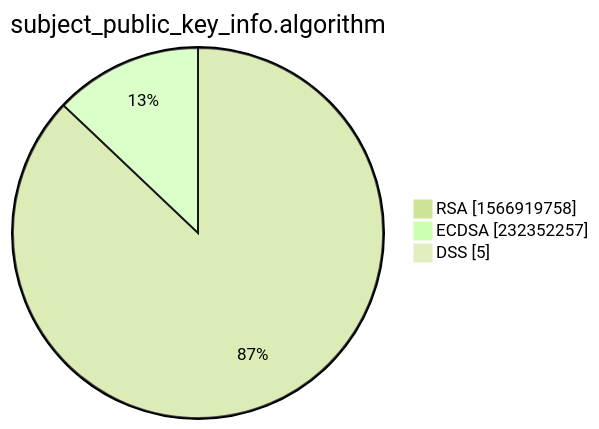
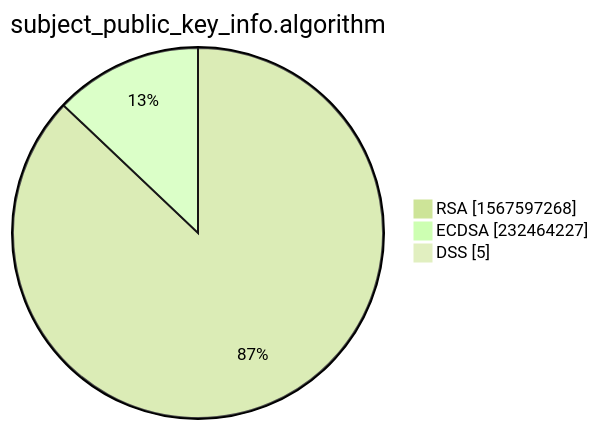
One commit to christiankrug/ctmonitor_visualization changed the third of 15 diagrams in xenon2022/README.md. Above: the diagram before and after it, drawn with Mermaid (forest theme). The commit also changed other lines of this file, not shown here.

````diff
--- a/xenon2022/README.md
+++ b/xenon2022/README.md
@@ -14,7 +14,7 @@
 ```mermaid
 pie showData
 title subject_public_key_info.algorithm
-"RSA" :1566919758
-"ECDSA" :232352257
+"RSA" :1567597268
+"ECDSA" :232464227
 "DSS" :5
 ```
````
